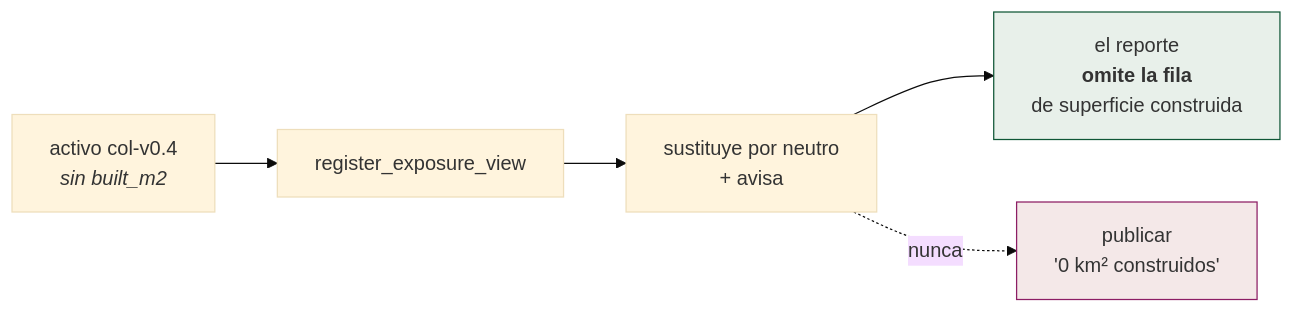
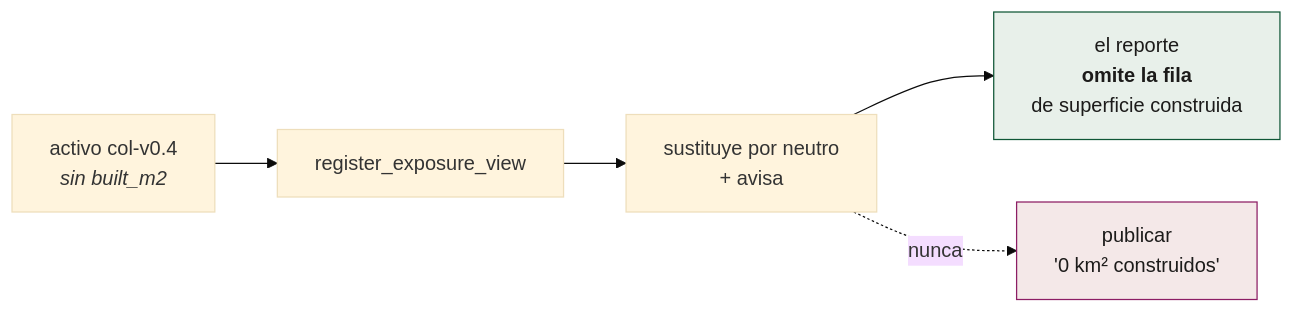
The diagram in docs/datos/activo-h3.md (sforero77/CENTINELA), drawn with Mermaid (base theme) before and after one commit. The commit also changed 24 other files, not shown here.

First line of the commit message:
Los rotulos de los diagramas se borraban en tema oscuro

````diff
--- a/docs/datos/activo-h3.md
+++ b/docs/datos/activo-h3.md
@@ -112,10 +112,10 @@
 ```mermaid
 flowchart LR
   V["activo col-v0.4<br/><i>sin built_m2</i>"] --> R["register_exposure_view"]
   R --> S["sustituye por neutro<br/>+ avisa"]
   S --> REP["el reporte<br/><b>omite la fila</b><br/>de superficie construida"]
   S -.->|"nunca"| CERO["publicar<br/>'0 km² construidos'"]
 
-  style CERO fill:#f4e8e8,stroke:#8c1d64
-  style REP fill:#e8f0ea,stroke:#0f5636
+  style CERO fill:#f4e8e8,stroke:#8c1d64,color:#1c1b1a
+  style REP fill:#e8f0ea,stroke:#0f5636,color:#1c1b1a
 ```
````
